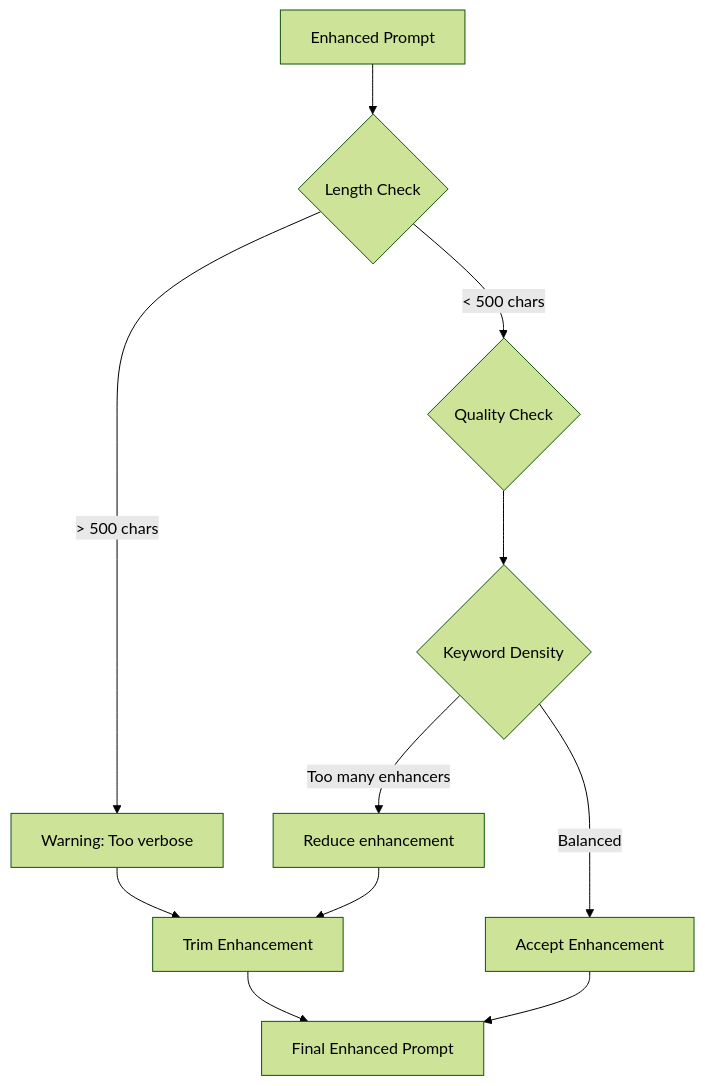
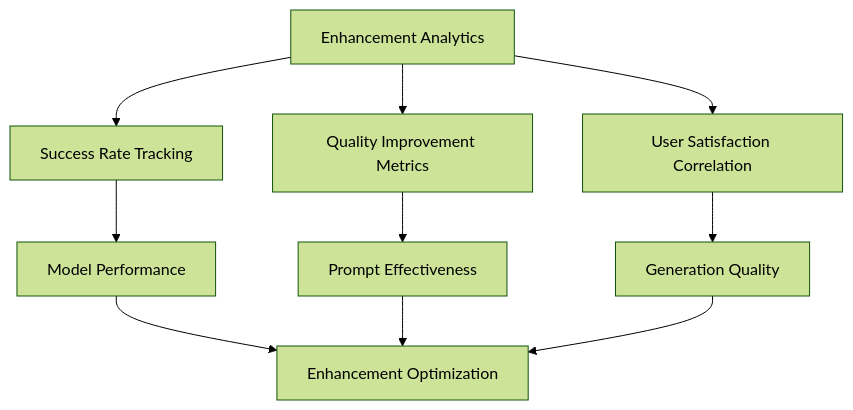
The seventh of 7 diagrams in docs/prompt-enhancement-analysis.md (ryoshumei/what-if-ver-zenn-hackathon), drawn with Mermaid (forest theme) before and after one commit. The commit also changed other lines of this file and 1 other file, not shown here.

Commit message:
ci: untrack scripts/ci/cloud_run_target_check.sh and add to .gitignore

````diff
--- a/docs/prompt-enhancement-analysis.md
+++ b/docs/prompt-enhancement-analysis.md
@@ -358,15 +502,14 @@
 ```mermaid
-flowchart TD
-    A[Enhanced Prompt] --> B{Length Check}
-    B -->|> 500 chars| C[Warning: Too verbose]
-    B -->|< 500 chars| D{Quality Check}
+flowchart TB
+    A[Enhancement Analytics] --> B[Success Rate Tracking]
+    A --> C[Quality Improvement Metrics]
+    A --> D[User Satisfaction Correlation]
 
-    D --> E{Keyword Density}
-    E -->|Too many enhancers| F[Reduce enhancement]
-    E -->|Balanced| G[Accept Enhancement]
+    B --> E[Model Performance]
+    C --> F[Prompt Effectiveness]
+    D --> G[Generation Quality]
 
-    C --> H[Trim Enhancement]
+    E --> H[Enhancement Optimization]
     F --> H
-    G --> I[Final Enhanced Prompt]
-    H --> I
+    G --> H
 ```
````
